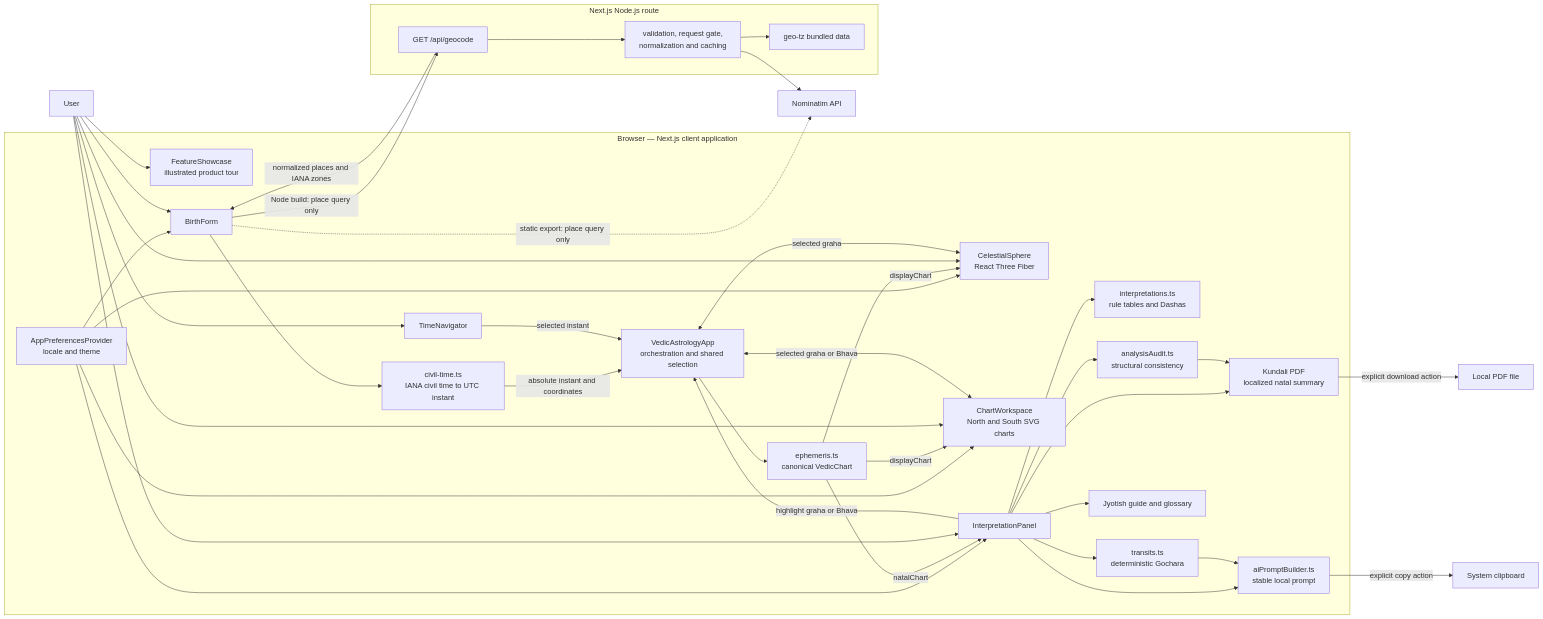
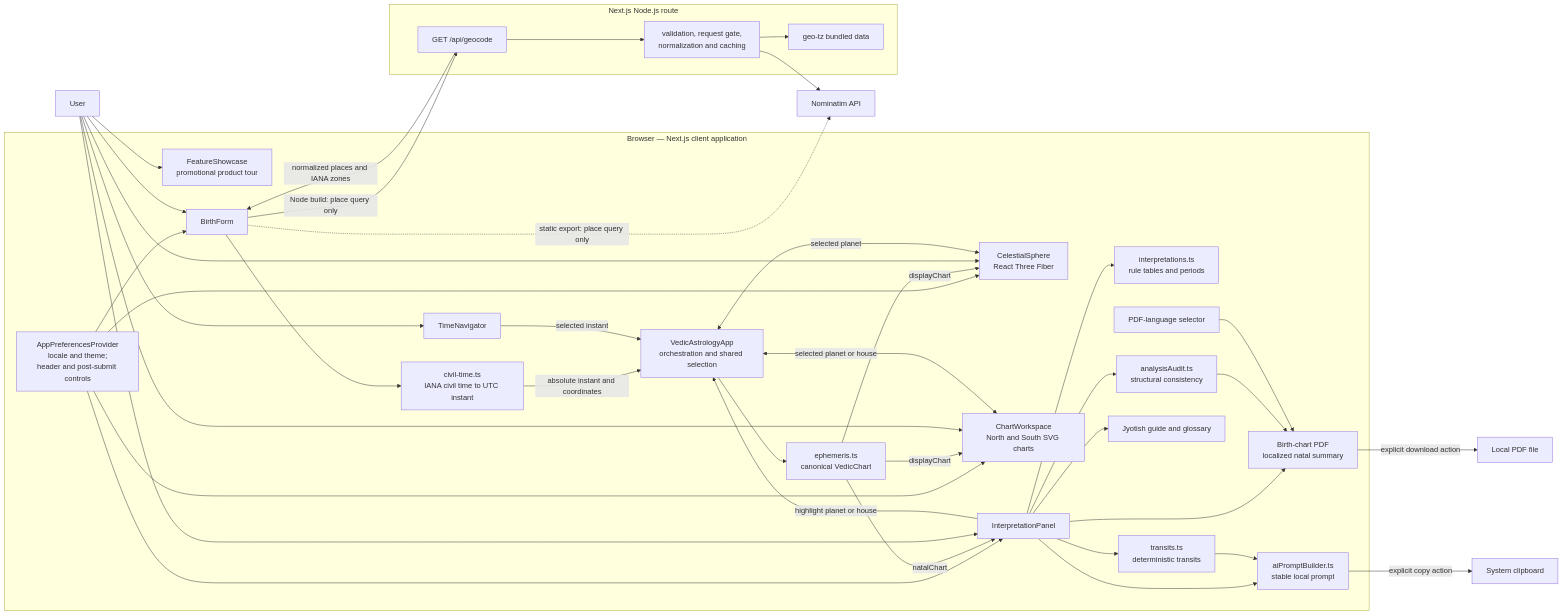
Before and after one commit to diprajkadlag/VedicAstrologer: the first of 2 diagrams in docs/ARCHITECTURE.md, drawn with Mermaid. The commit also changed other lines of this file and 45 other files, not shown here.

````diff
--- a/docs/ARCHITECTURE.md
+++ b/docs/ARCHITECTURE.md
@@ -24,71 +24,73 @@
 ```mermaid
 flowchart LR
     U[User]
 
     subgraph Browser["Browser — Next.js client application"]
-        PREF[AppPreferencesProvider<br/>locale and theme]
-        TOUR[FeatureShowcase<br/>illustrated product tour]
+        PREF[AppPreferencesProvider<br/>locale and theme;<br/>header and post-submit controls]
+        TOUR[FeatureShowcase<br/>promotional product tour]
         FORM[BirthForm]
         CIVIL[civil-time.ts<br/>IANA civil time to UTC instant]
         APP[VedicAstrologyApp<br/>orchestration and shared selection]
         EPH[ephemeris.ts<br/>canonical VedicChart]
         TIME[TimeNavigator]
         WEBGL[CelestialSphere<br/>React Three Fiber]
         SVG[ChartWorkspace<br/>North and South SVG charts]
         PANEL[InterpretationPanel]
-        RULES[interpretations.ts<br/>rule tables and Dashas]
-        TRANSIT[transits.ts<br/>deterministic Gochara]
+        RULES[interpretations.ts<br/>rule tables and periods]
+        TRANSIT[transits.ts<br/>deterministic transits]
         AUDIT[analysisAudit.ts<br/>structural consistency]
         GUIDE[Jyotish guide and glossary]
-        PDF[Kundali PDF<br/>localized natal summary]
+        PDFLANG[PDF-language selector]
+        PDF[Birth-chart PDF<br/>localized natal summary]
         PROMPT[aiPromptBuilder.ts<br/>stable local prompt]
 
         PREF --> FORM
         PREF --> WEBGL
         PREF --> SVG
         PREF --> PANEL
         FORM --> CIVIL
         CIVIL -->|absolute instant and coordinates| APP
         APP --> EPH
         TIME -->|selected instant| APP
         EPH -->|natalChart| PANEL
         EPH -->|displayChart| WEBGL
         EPH -->|displayChart| SVG
         PANEL --> RULES
         PANEL --> TRANSIT
         PANEL --> AUDIT
         PANEL --> GUIDE
         PANEL --> PDF
         AUDIT --> PDF
+        PDFLANG --> PDF
         PANEL --> PROMPT
         TRANSIT --> PROMPT
-        WEBGL <-->|selected graha| APP
-        SVG <-->|selected graha or Bhava| APP
-        PANEL -->|highlight graha or Bhava| APP
+        WEBGL <-->|selected planet| APP
+        SVG <-->|selected planet or house| APP
+        PANEL -->|highlight planet or house| APP
     end
 
     subgraph Server["Next.js Node.js route"]
         GEOAPI["GET /api/geocode"]
         GATE[validation, request gate,<br/>normalization and caching]
         TZ[geo-tz bundled data]
     end
 
     NOM[Nominatim API]
     CLIP[System clipboard]
     FILE[Local PDF file]
 
     U --> TOUR
     U --> FORM
         FORM -->|Node build: place query only| GEOAPI
     GEOAPI --> GATE
     GATE --> NOM
     GATE --> TZ
     GEOAPI -->|normalized places and IANA zones| FORM
     FORM -.->|static export: place query only| NOM
     U --> TIME
     U --> WEBGL
     U --> SVG
     U --> PANEL
     PDF -->|explicit download action| FILE
     PROMPT -->|explicit copy action| CLIP
 ```
````
